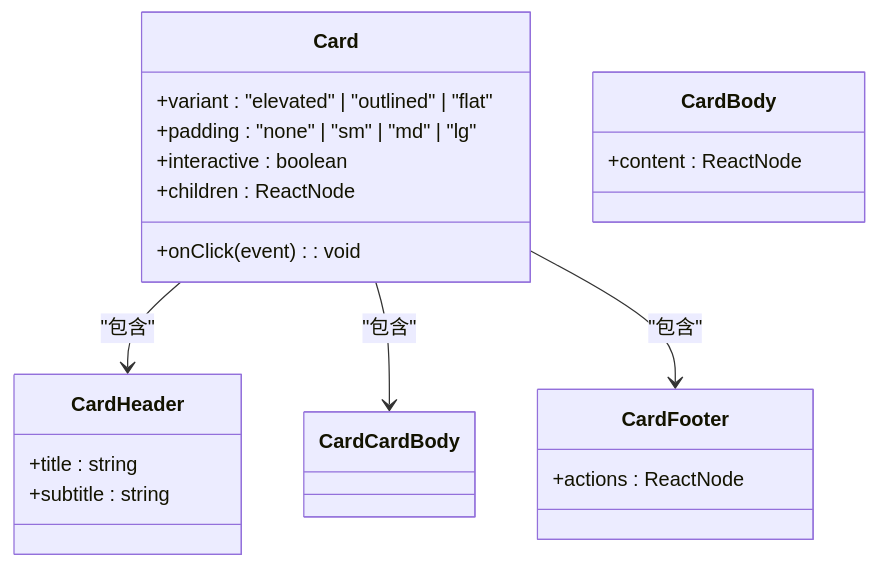
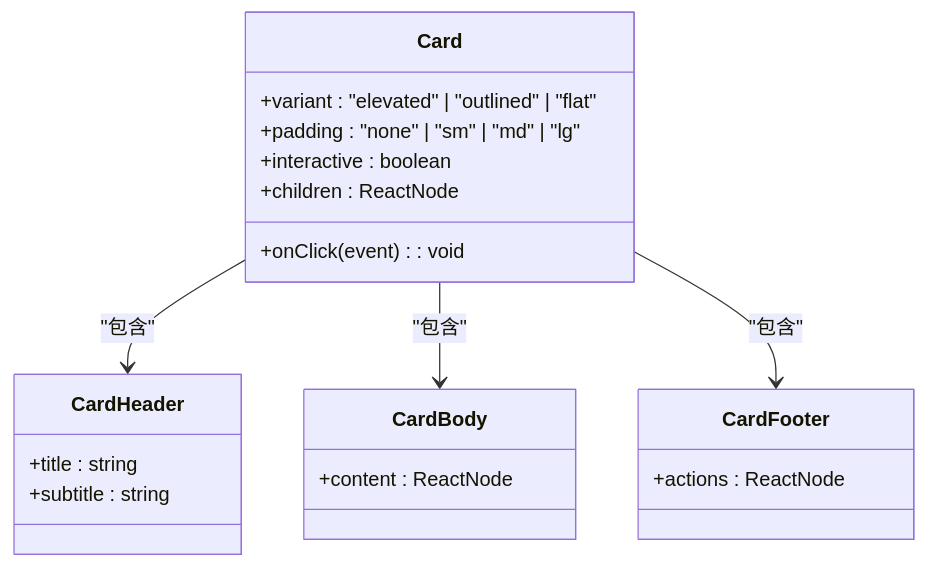
One commit to scottcwy/PurpleInk changed the fifth of 6 diagrams in .qoder/repowiki/zh/content/前端架构/组件系统/基础UI组件.md. Above: the diagram before and after it, drawn with Mermaid. The commit also changed other lines of this file and 48 other files, not shown here.

````diff
--- a/.qoder/repowiki/zh/content/前端架构/组件系统/基础UI组件.md
+++ b/.qoder/repowiki/zh/content/前端架构/组件系统/基础UI组件.md
@@ -320,23 +322,23 @@
 ```mermaid
 classDiagram
 class Card {
 +variant : "elevated" | "outlined" | "flat"
 +padding : "none" | "sm" | "md" | "lg"
 +interactive : boolean
 +onClick(event) : void
 +children : ReactNode
 }
 class CardHeader {
 +title : string
 +subtitle : string
 }
 class CardBody {
 +content : ReactNode
 }
 class CardFooter {
 +actions : ReactNode
 }
 Card --> CardHeader : "包含"
-Card --> CardCardBody : "包含"
+Card --> CardBody : "包含"
 Card --> CardFooter : "包含"
 ```
````
